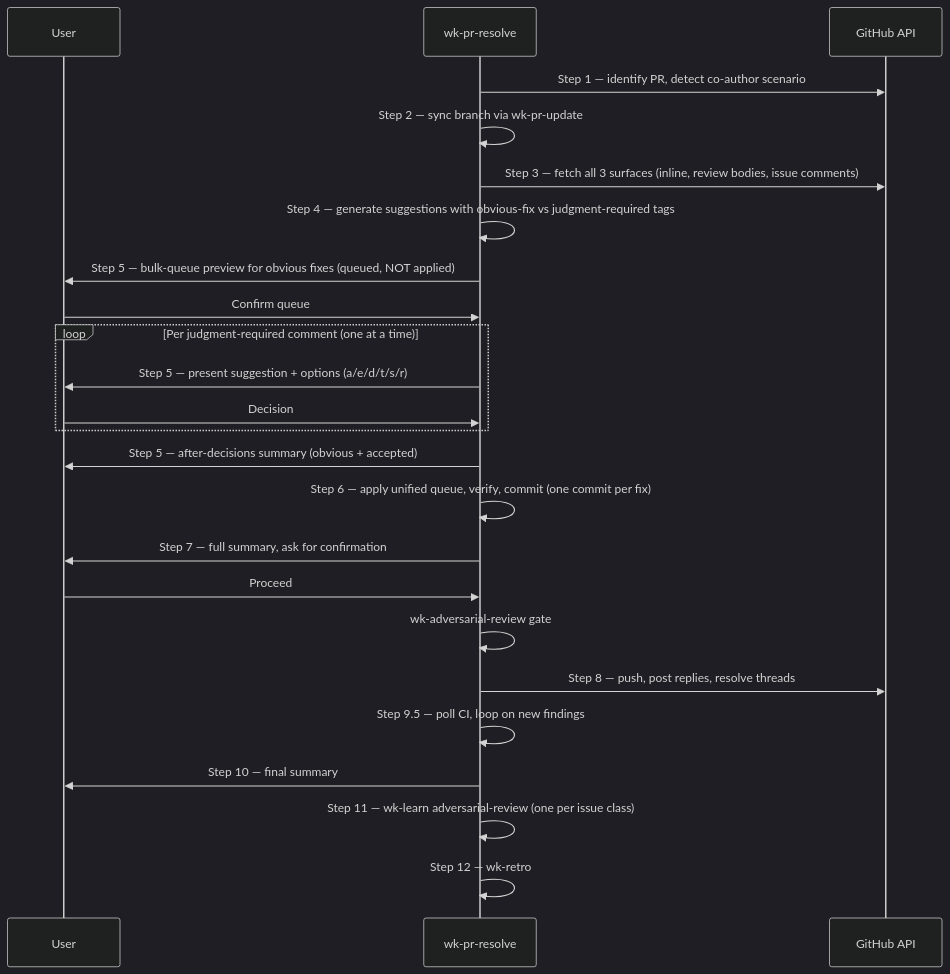
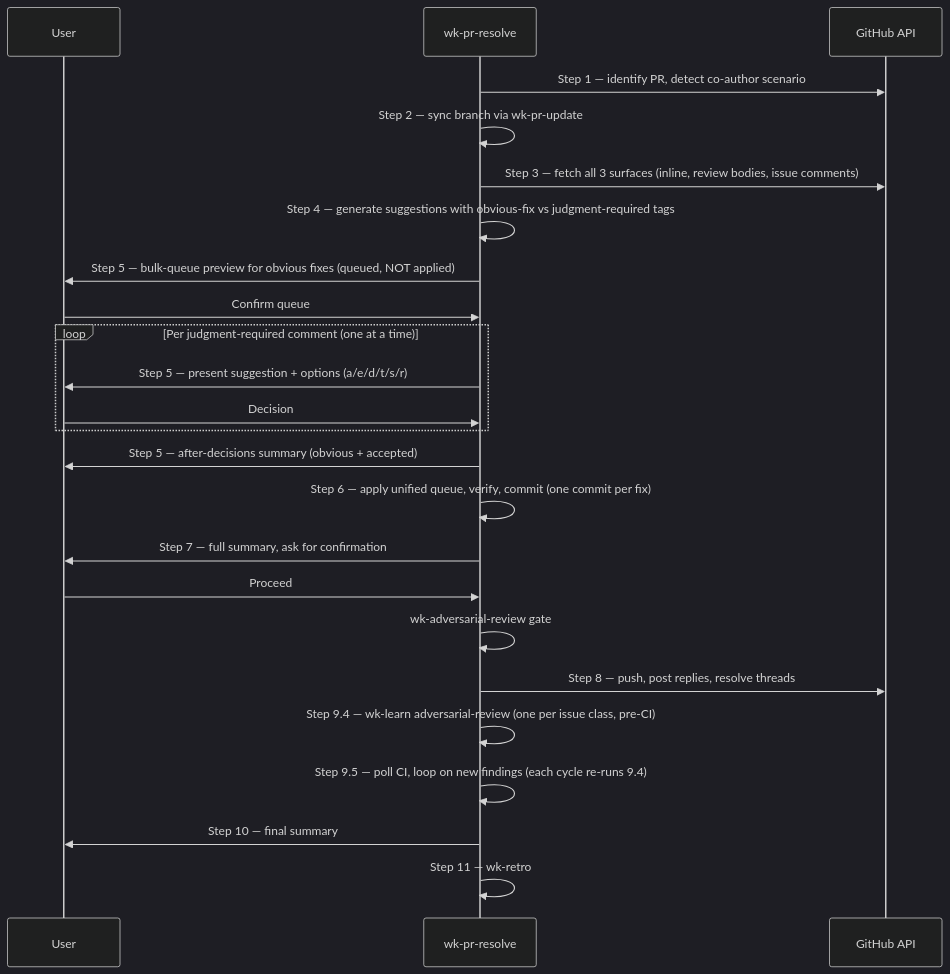
One commit to whizzzkid/skills changed the diagram in skills/pr-resolve/README.md. Above: the diagram before and after it, drawn with Mermaid (dark theme). The commit also changed other lines of this file and 2 other files, not shown here.

First line of the commit message:
🦾 sharpen(pr-resolve): ⚡ emit adversarial-review learnings before CI wait

````diff
--- a/skills/pr-resolve/README.md
+++ b/skills/pr-resolve/README.md
@@ -15,27 +15,27 @@
 ```mermaid
 sequenceDiagram
     participant U as User
     participant S as wk-pr-resolve
     participant GH as GitHub API
 
     S->>GH: Step 1 — identify PR, detect co-author scenario
     S->>S: Step 2 — sync branch via wk-pr-update
     S->>GH: Step 3 — fetch all 3 surfaces (inline, review bodies, issue comments)
     S->>S: Step 4 — generate suggestions with obvious-fix vs judgment-required tags
     S->>U: Step 5 — bulk-queue preview for obvious fixes (queued, NOT applied)
     U->>S: Confirm queue
     loop Per judgment-required comment (one at a time)
         S->>U: Step 5 — present suggestion + options (a/e/d/t/s/r)
         U->>S: Decision
     end
     S->>U: Step 5 — after-decisions summary (obvious + accepted)
     S->>S: Step 6 — apply unified queue, verify, commit (one commit per fix)
     S->>U: Step 7 — full summary, ask for confirmation
     U->>S: Proceed
     S->>S: wk-adversarial-review gate
     S->>GH: Step 8 — push, post replies, resolve threads
-    S->>S: Step 9.5 — poll CI, loop on new findings
+    S->>S: Step 9.4 — wk-learn adversarial-review (one per issue class, pre-CI)
+    S->>S: Step 9.5 — poll CI, loop on new findings (each cycle re-runs 9.4)
     S->>U: Step 10 — final summary
-    S->>S: Step 11 — wk-learn adversarial-review (one per issue class)
-    S->>S: Step 12 — wk-retro
+    S->>S: Step 11 — wk-retro
 ```
````
